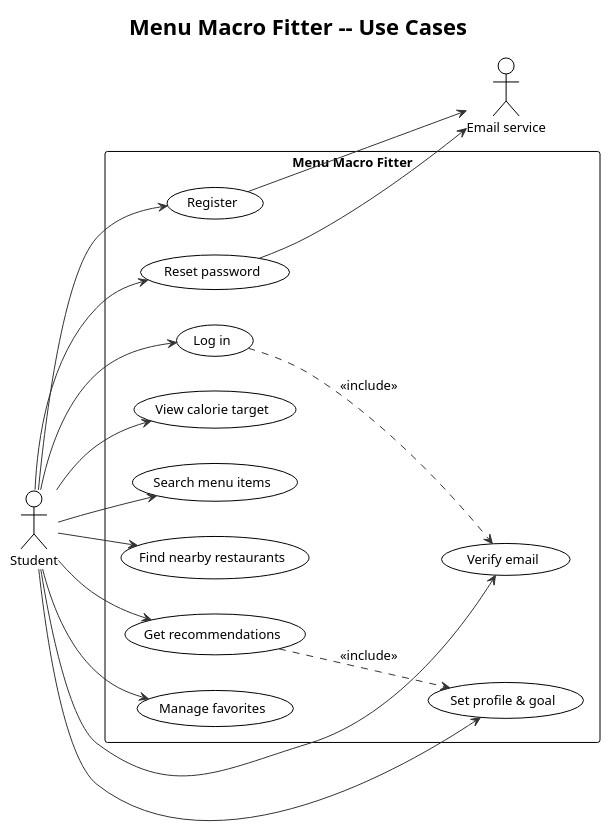
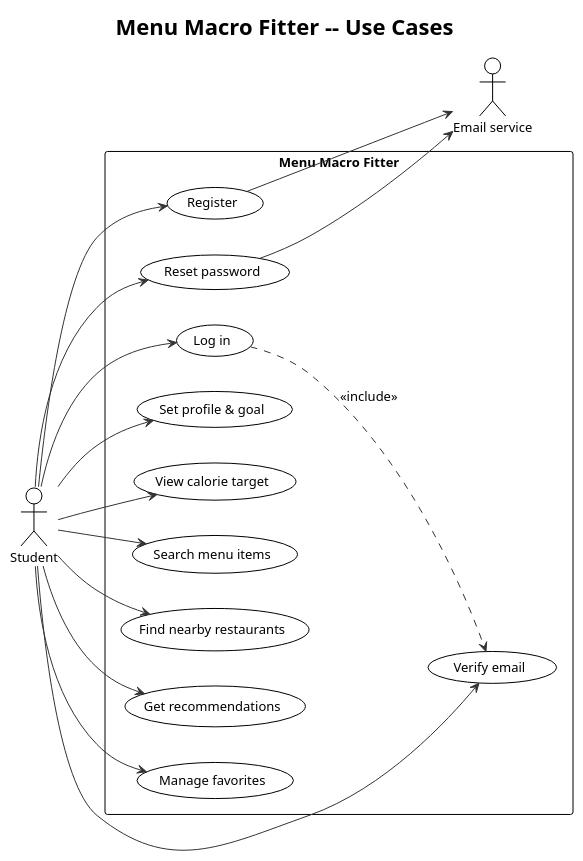
The diagram in docs/diagrams/use-case.puml (polter-dev/POOSD_large_proj), drawn with PlantUML before and after one commit. The commit also changed 1 other file, not shown here.

Commit message:
Drop recommendations->profile include; add verificationTokenExpires (#37 review)

```diff
--- a/docs/diagrams/use-case.puml
+++ b/docs/diagrams/use-case.puml
@@ -1,50 +1,48 @@
 @startuml use-case
 ' Menu Macro Fitter -- use case diagram
 ' Use cases from README.md; includes only where docs/api-contract.md forces them.
 
 !theme plain
 
 skinparam defaultFontName Verdana
 skinparam defaultFontSize 13
 skinparam shadowing false
 skinparam ArrowColor #333333
 left to right direction
 
 title Menu Macro Fitter -- Use Cases
 
 actor Student
 actor "Email service" as Email
 
 rectangle "Menu Macro Fitter" {
   usecase "Register" as UC_Register
   usecase "Verify email" as UC_Verify
   usecase "Log in" as UC_Login
   usecase "Reset password" as UC_Reset
   usecase "Set profile & goal" as UC_Profile
   usecase "View calorie target" as UC_Calories
   usecase "Search menu items" as UC_Search
   usecase "Find nearby restaurants" as UC_Nearby
   usecase "Get recommendations" as UC_Recs
   usecase "Manage favorites" as UC_Favs
 }
 
 Student --> UC_Register
 Student --> UC_Verify
 Student --> UC_Login
 Student --> UC_Reset
 Student --> UC_Profile
 Student --> UC_Calories
 Student --> UC_Search
 Student --> UC_Nearby
 Student --> UC_Recs
 Student --> UC_Favs
 
 UC_Register --> Email
 UC_Reset --> Email
 
 ' login returns 403 until the email is verified
 UC_Login ..> UC_Verify : <<include>>
-' recommendations return 400 "Set your profile first" without a profile
-UC_Recs ..> UC_Profile : <<include>>
 
 @enduml
```
